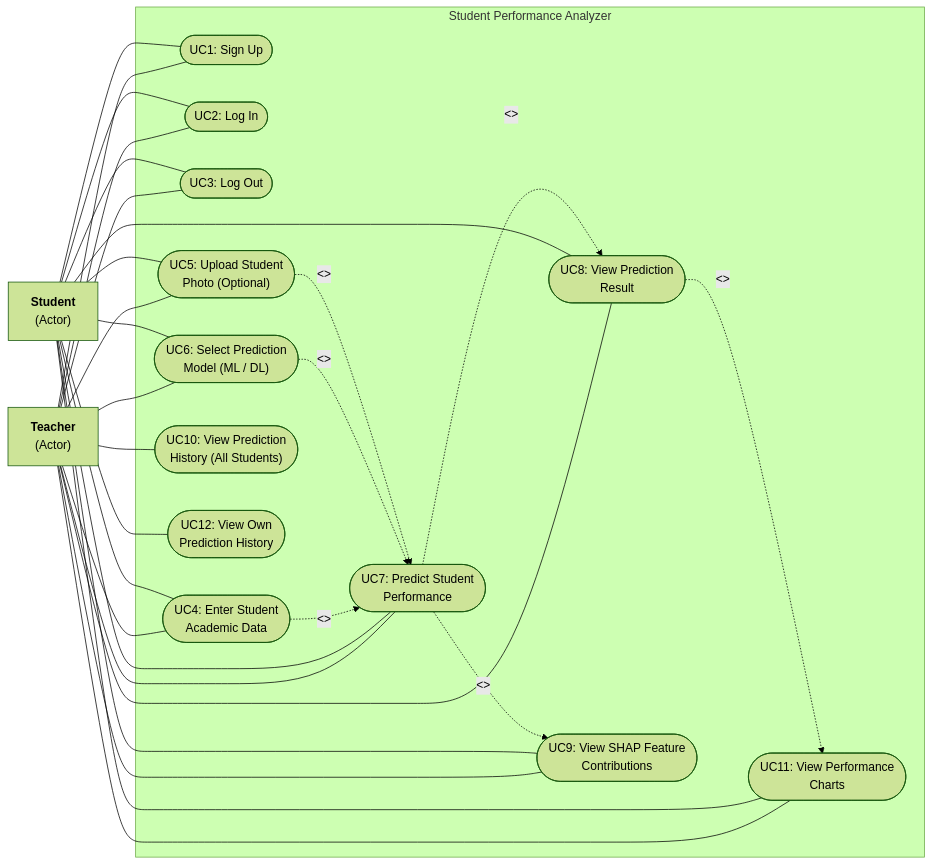
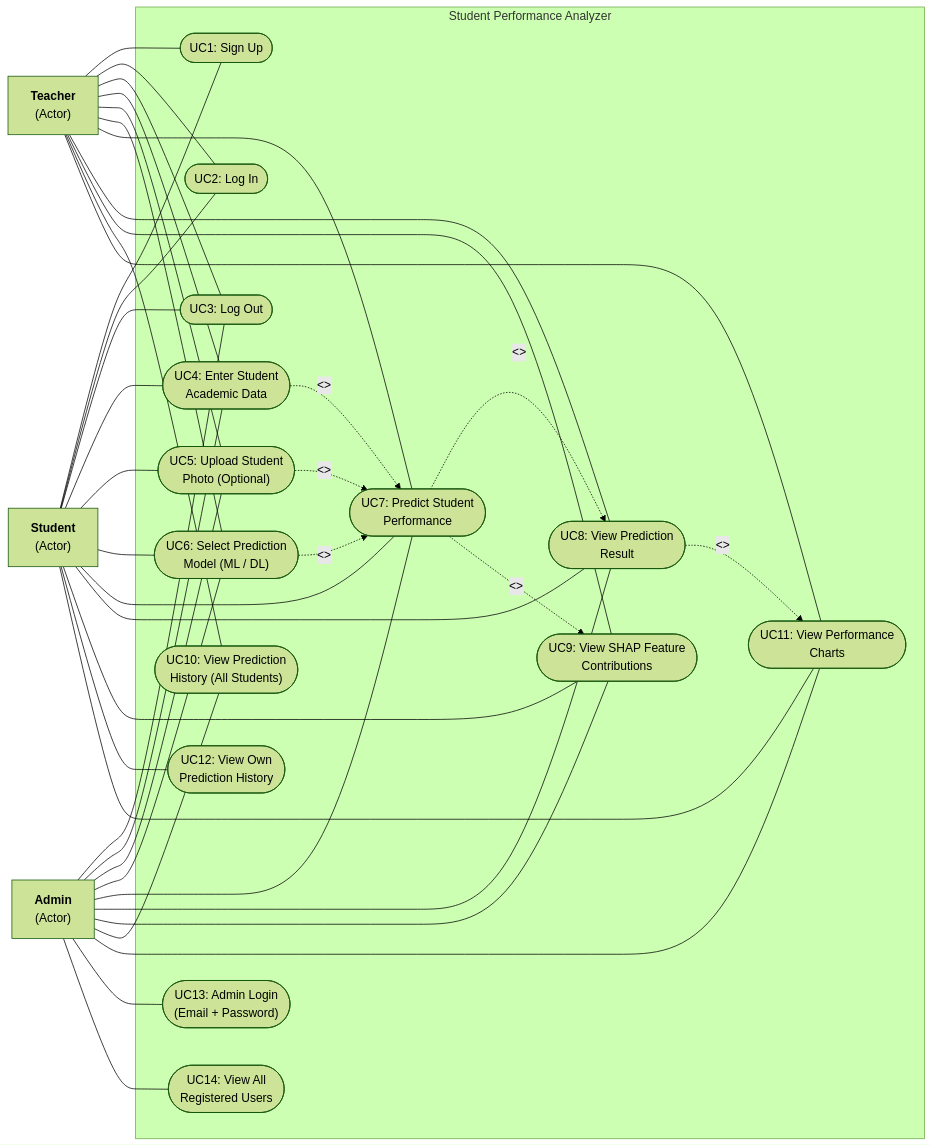
One commit to vrroshni/student-analyser changed the diagram in diagram/04_use_case_diagram.md. Above: the diagram before and after it, drawn with Mermaid (forest theme). The commit also changed other lines of this file and 29 other files, not shown here.

````diff
--- a/diagram/04_use_case_diagram.md
+++ b/diagram/04_use_case_diagram.md
@@ -9,54 +9,70 @@
 ```mermaid
 flowchart LR
     Teacher["<b>Teacher</b>\n(Actor)"]
     Student["<b>Student</b>\n(Actor)"]
+    Admin["<b>Admin</b>\n(Actor)"]
 
     subgraph System["Student Performance Analyzer"]
         UC1(["UC1: Sign Up"])
         UC2(["UC2: Log In"])
         UC3(["UC3: Log Out"])
         UC4(["UC4: Enter Student\nAcademic Data"])
         UC5(["UC5: Upload Student\nPhoto (Optional)"])
         UC6(["UC6: Select Prediction\nModel (ML / DL)"])
         UC7(["UC7: Predict Student\nPerformance"])
         UC8(["UC8: View Prediction\nResult"])
         UC9(["UC9: View SHAP Feature\nContributions"])
         UC10(["UC10: View Prediction\nHistory (All Students)"])
         UC12(["UC12: View Own\nPrediction History"])
         UC11(["UC11: View Performance\nCharts"])
+        UC13(["UC13: Admin Login\n(Email + Password)"])
+        UC14(["UC14: View All\nRegistered Users"])
     end
 
     %% Teacher associations
     Teacher --- UC1
     Teacher --- UC2
     Teacher --- UC3
     Teacher --- UC4
     Teacher --- UC5
     Teacher --- UC6
     Teacher --- UC7
     Teacher --- UC8
     Teacher --- UC9
     Teacher --- UC10
     Teacher --- UC11
 
     %% Student associations
     Student --- UC1
     Student --- UC2
     Student --- UC3
     Student --- UC4
     Student --- UC5
     Student --- UC6
     Student --- UC7
     Student --- UC8
     Student --- UC9
     Student --- UC12
     Student --- UC11
 
+    %% Admin associations
+    Admin --- UC3
+    Admin --- UC4
+    Admin --- UC5
+    Admin --- UC6
+    Admin --- UC7
+    Admin --- UC8
+    Admin --- UC9
+    Admin --- UC10
+    Admin --- UC11
+    Admin --- UC13
+    Admin --- UC14
+
     %% Dependencies
     UC4 -.->|"<<include>>"| UC7
     UC6 -.->|"<<include>>"| UC7
     UC5 -.->|"<<extend>>"| UC7
     UC7 -.->|"<<include>>"| UC8
     UC7 -.->|"<<include>>"| UC9
     UC8 -.->|"<<include>>"| UC11
 ```
````
